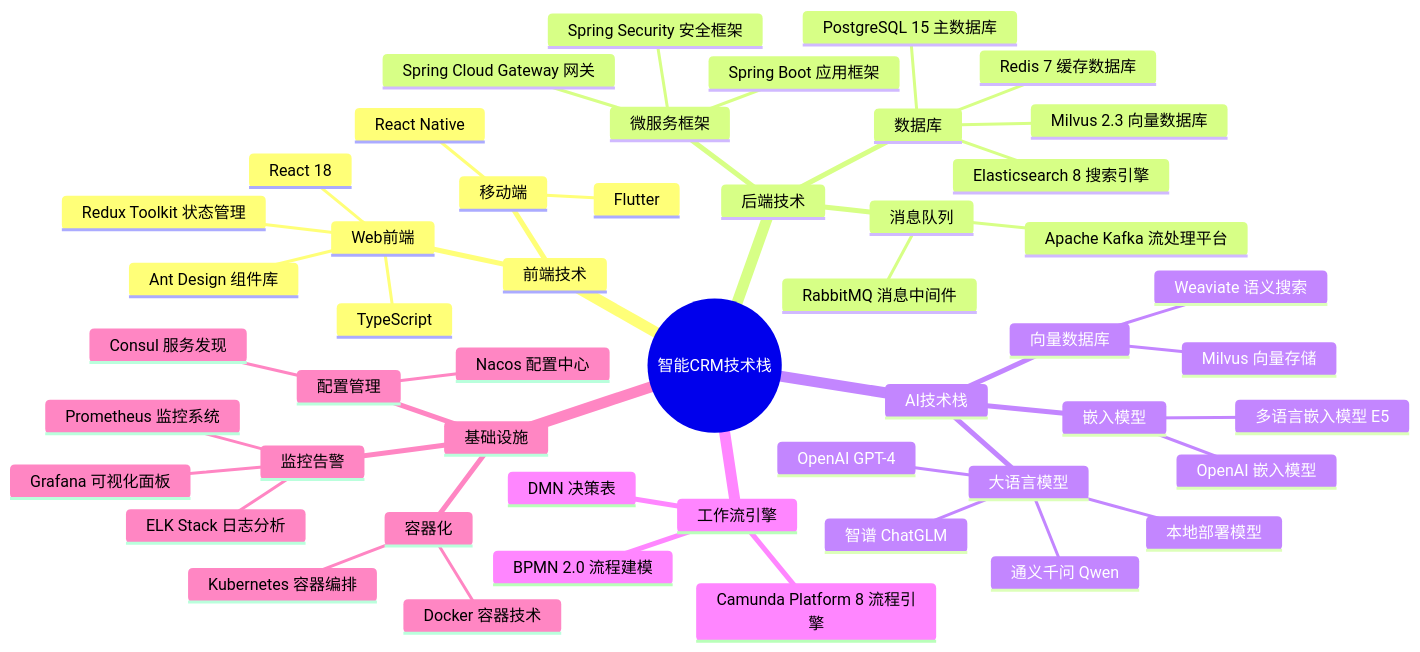
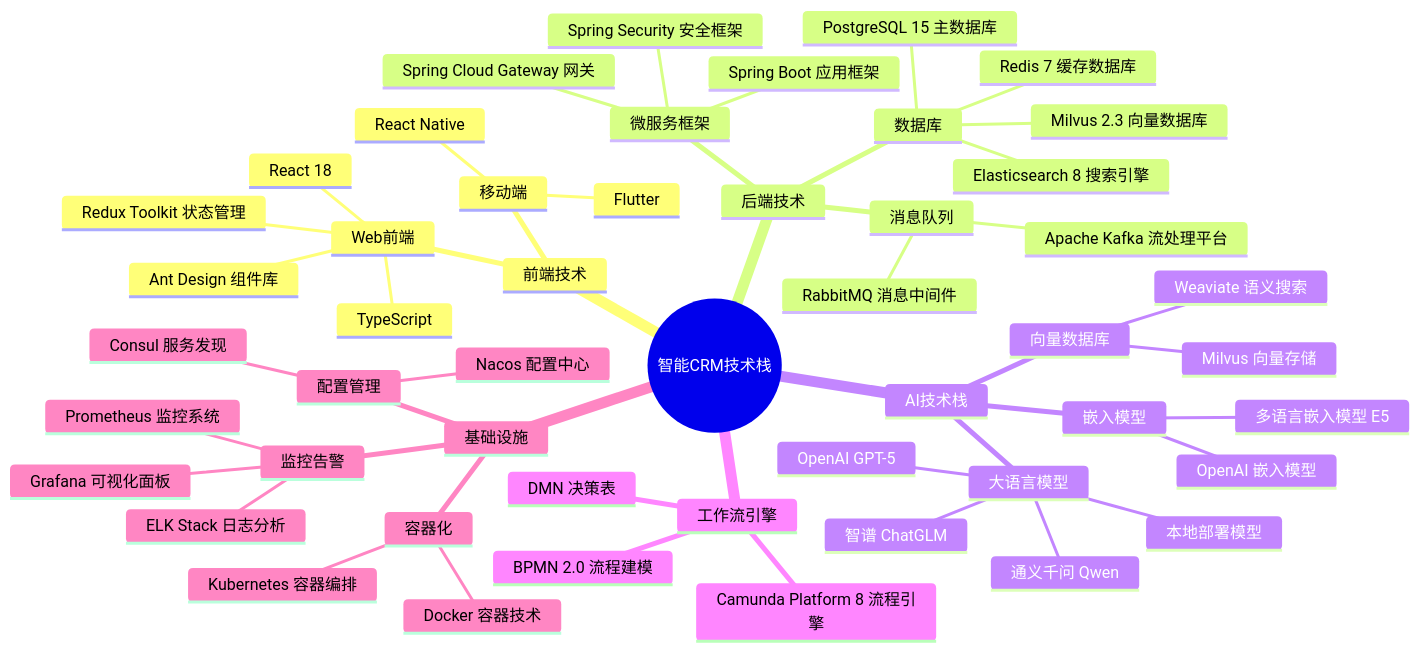
Before and after one commit to zavierd/ZHCRM: the ninth of 10 diagrams in master.md, drawn with Mermaid. The commit also changed other lines of this file and 2 other files, not shown here.

````diff
--- a/master.md
+++ b/master.md
@@ -1092,53 +1092,53 @@
 ```mermaid
 mindmap
   root((智能CRM技术栈))
     前端技术
       Web前端
         React 18
         TypeScript
         Ant Design 组件库
         Redux Toolkit 状态管理
       移动端
         React Native
         Flutter
     后端技术
       微服务框架
         Spring Boot 应用框架
         Spring Cloud Gateway 网关
         Spring Security 安全框架
       数据库
         PostgreSQL 15 主数据库
         Redis 7 缓存数据库
         Milvus 2.3 向量数据库
         Elasticsearch 8 搜索引擎
       消息队列
         RabbitMQ 消息中间件
         Apache Kafka 流处理平台
     AI技术栈
       大语言模型
-        OpenAI GPT-4
+        OpenAI GPT-5
         本地部署模型
         通义千问 Qwen
         智谱 ChatGLM
       向量数据库
         Milvus 向量存储
         Weaviate 语义搜索
       嵌入模型
         多语言嵌入模型 E5
         OpenAI 嵌入模型
     工作流引擎
       Camunda Platform 8 流程引擎
       BPMN 2.0 流程建模
       DMN 决策表
     基础设施
       容器化
         Docker 容器技术
         Kubernetes 容器编排
       监控告警
         Prometheus 监控系统
         Grafana 可视化面板
         ELK Stack 日志分析
       配置管理
         Consul 服务发现
         Nacos 配置中心
 ```
````
